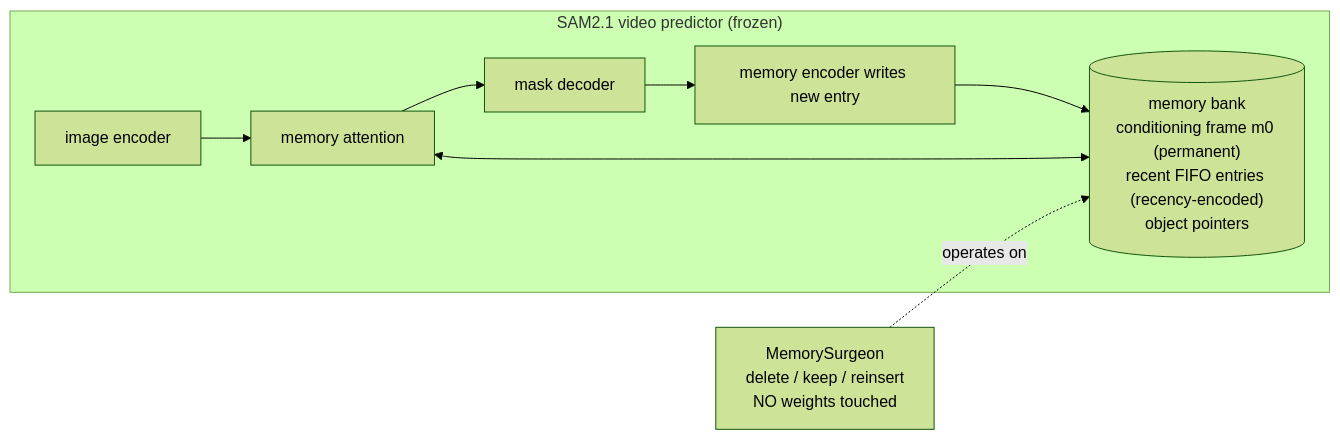
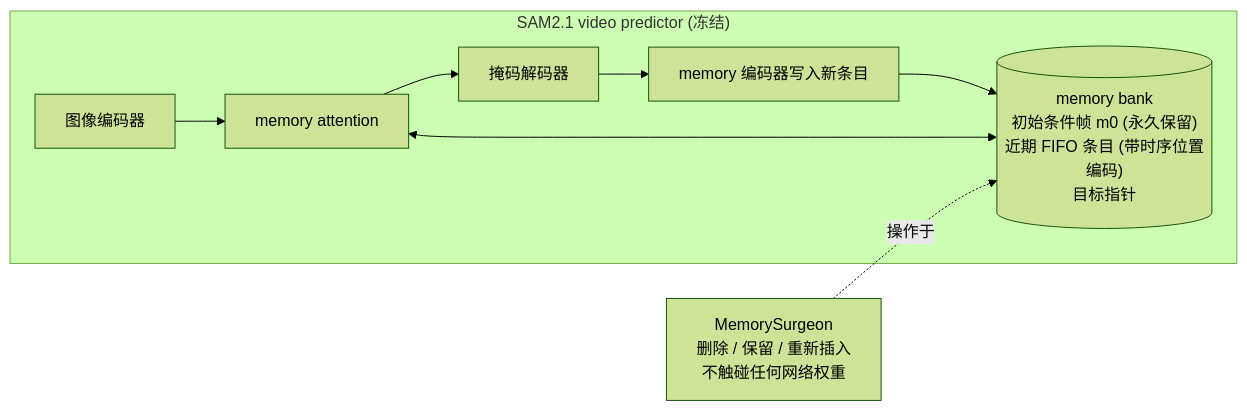
Before and after one commit to songkang688/idea: the first of 5 diagrams in Windows7/Idea_02/diagrams/architecture.md, drawn with Mermaid (forest theme). The commit also changed other lines of this file and 74 other files, not shown here.

````diff
--- a/Windows7/Idea_02/diagrams/architecture.md
+++ b/Windows7/Idea_02/diagrams/architecture.md
@@ -10,12 +9,12 @@
 ```mermaid
 flowchart LR
-    subgraph SAM2["SAM2.1 video predictor (frozen)"]
-        ENC["image encoder"] --> MA["memory attention"]
-        MA --> DEC["mask decoder"]
-        BANK[("memory bank<br/>conditioning frame m0 (permanent)<br/>recent FIFO entries (recency-encoded)<br/>object pointers")]
+    subgraph SAM2["SAM2.1 video predictor (冻结)"]
+        ENC["图像编码器"] --> MA["memory attention"]
+        MA --> DEC["掩码解码器"]
+        BANK[("memory bank<br/>初始条件帧 m0 (永久保留)<br/>近期 FIFO 条目 (带时序位置编码)<br/>目标指针")]
         BANK <--> MA
-        DEC --> W["memory encoder writes new entry"]
+        DEC --> W["memory 编码器写入新条目"]
         W --> BANK
     end
-    SURG["MemorySurgeon<br/>delete / keep / reinsert<br/>NO weights touched"] -.operates on.-> BANK
+    SURG["MemorySurgeon<br/>删除 / 保留 / 重新插入<br/>不触碰任何网络权重"] -.操作于.-> BANK
 ```
````
